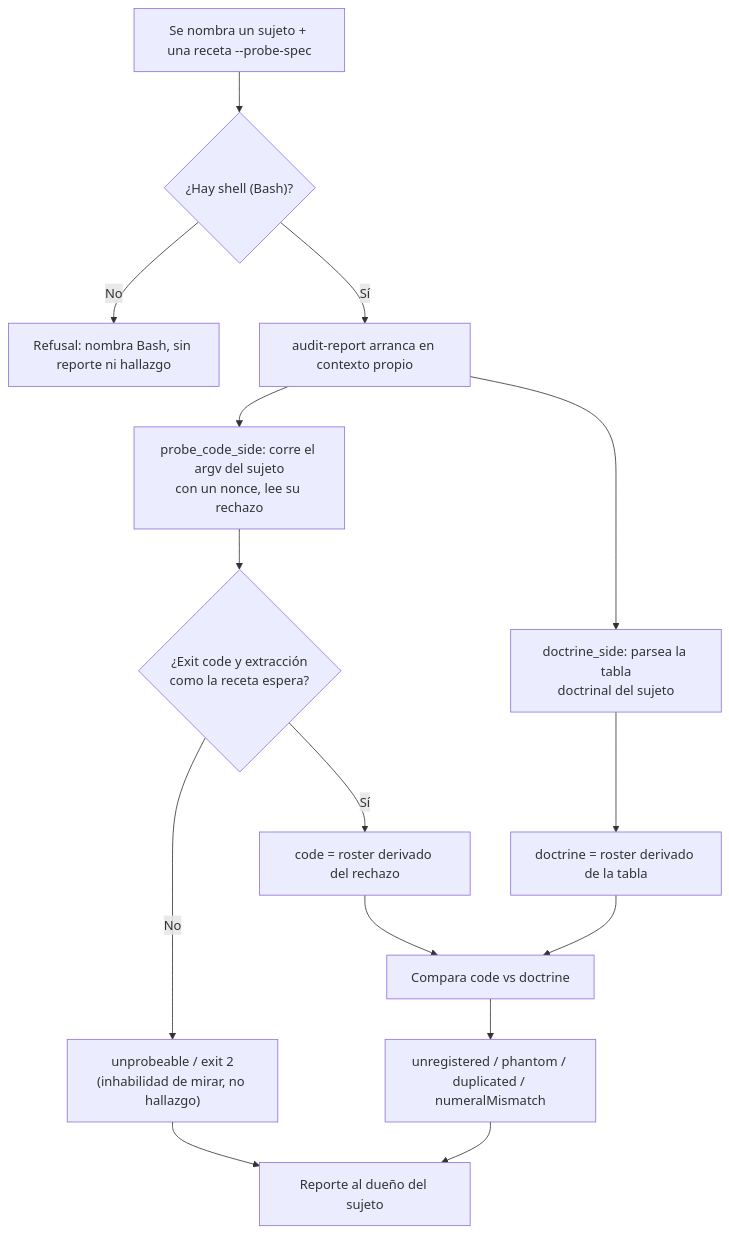
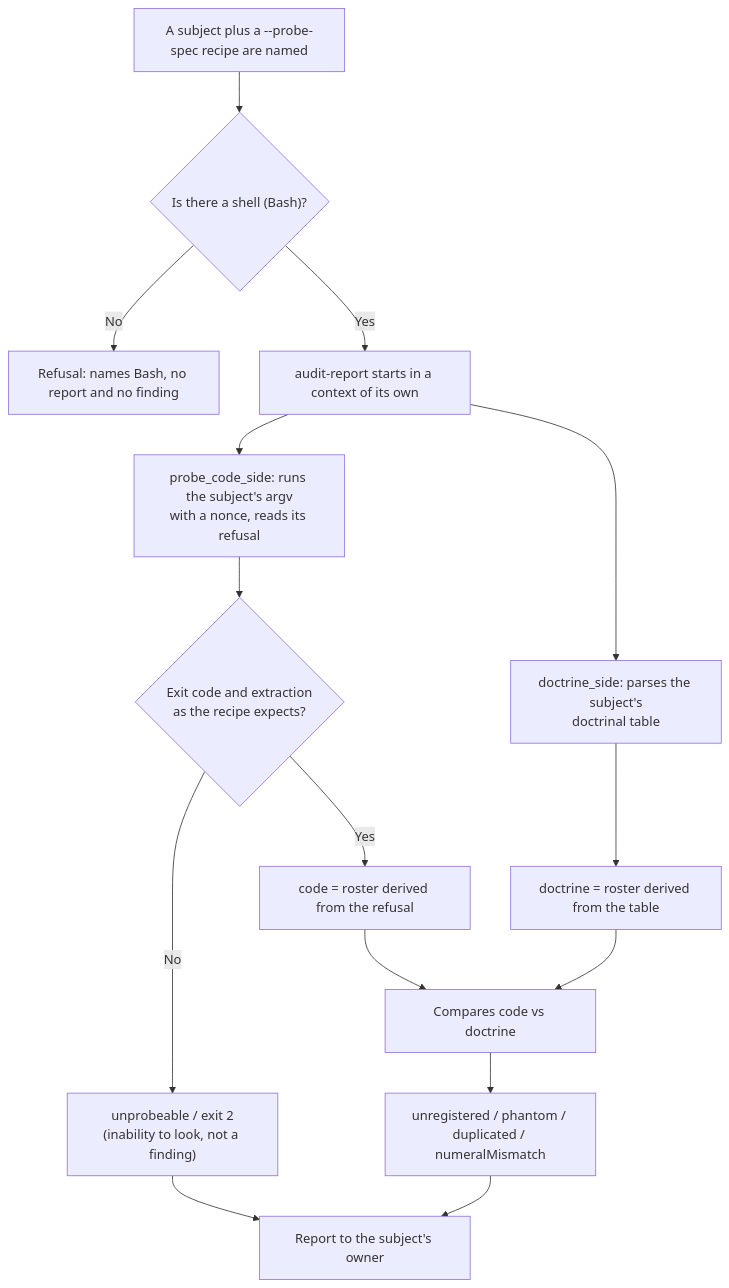
Before and after one commit to AndresCdo/papersmith-ai: the tenth of 10 diagrams in README.md, drawn with Mermaid. The commit also changed other lines of this file, not shown here.

First line of the commit message:
docs(readme): the skill-audit anatomy speaks English

````diff
--- a/README.md
+++ b/README.md
@@ -3015,17 +3015,17 @@
 ```mermaid
 flowchart TD
-    A["Se nombra un sujeto + una receta --probe-spec"] --> B{"¿Hay shell (Bash)?"}
-    B -- No --> C["Refusal: nombra Bash, sin reporte ni hallazgo"]
-    B -- Sí --> D["audit-report arranca en contexto propio"]
-    D --> E["probe_code_side: corre el argv del sujeto\ncon un nonce, lee su rechazo"]
-    D --> F["doctrine_side: parsea la tabla\ndoctrinal del sujeto"]
-    E --> G{"¿Exit code y extracción\ncomo la receta espera?"}
-    G -- No --> H["unprobeable / exit 2\n(inhabilidad de mirar, no hallazgo)"]
-    G -- Sí --> I["code = roster derivado del rechazo"]
-    F --> J["doctrine = roster derivado de la tabla"]
-    I --> K["Compara code vs doctrine"]
+    A["A subject plus a --probe-spec recipe are named"] --> B{"Is there a shell (Bash)?"}
+    B -- No --> C["Refusal: names Bash, no report and no finding"]
+    B -- Yes --> D["audit-report starts in a context of its own"]
+    D --> E["probe_code_side: runs the subject's argv\nwith a nonce, reads its refusal"]
+    D --> F["doctrine_side: parses the subject's\ndoctrinal table"]
+    E --> G{"Exit code and extraction\nas the recipe expects?"}
+    G -- No --> H["unprobeable / exit 2\n(inability to look, not a finding)"]
+    G -- Yes --> I["code = roster derived from the refusal"]
+    F --> J["doctrine = roster derived from the table"]
+    I --> K["Compares code vs doctrine"]
     J --> K
     K --> L["unregistered / phantom / duplicated / numeralMismatch"]
-    L --> M["Reporte al dueño del sujeto"]
+    L --> M["Report to the subject's owner"]
     H --> M
 ```
````
